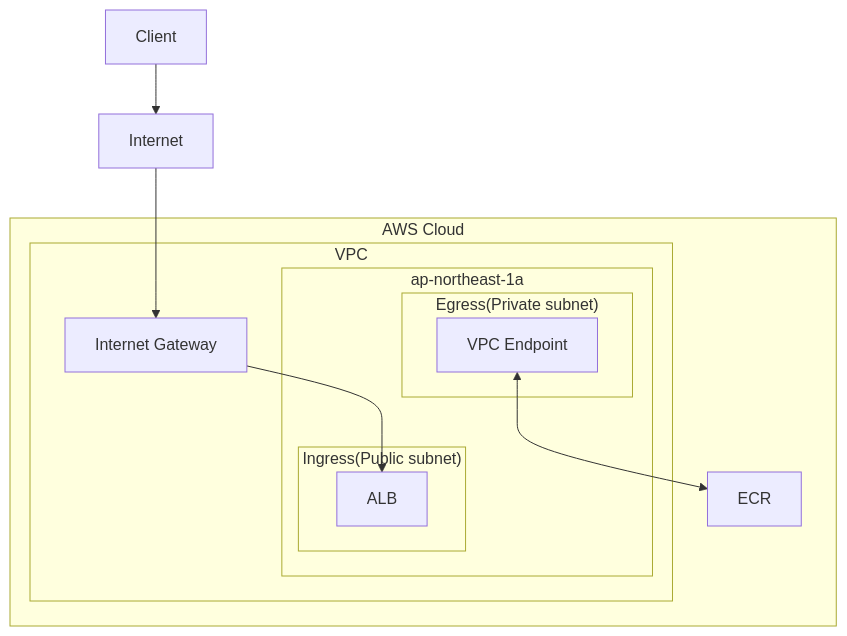
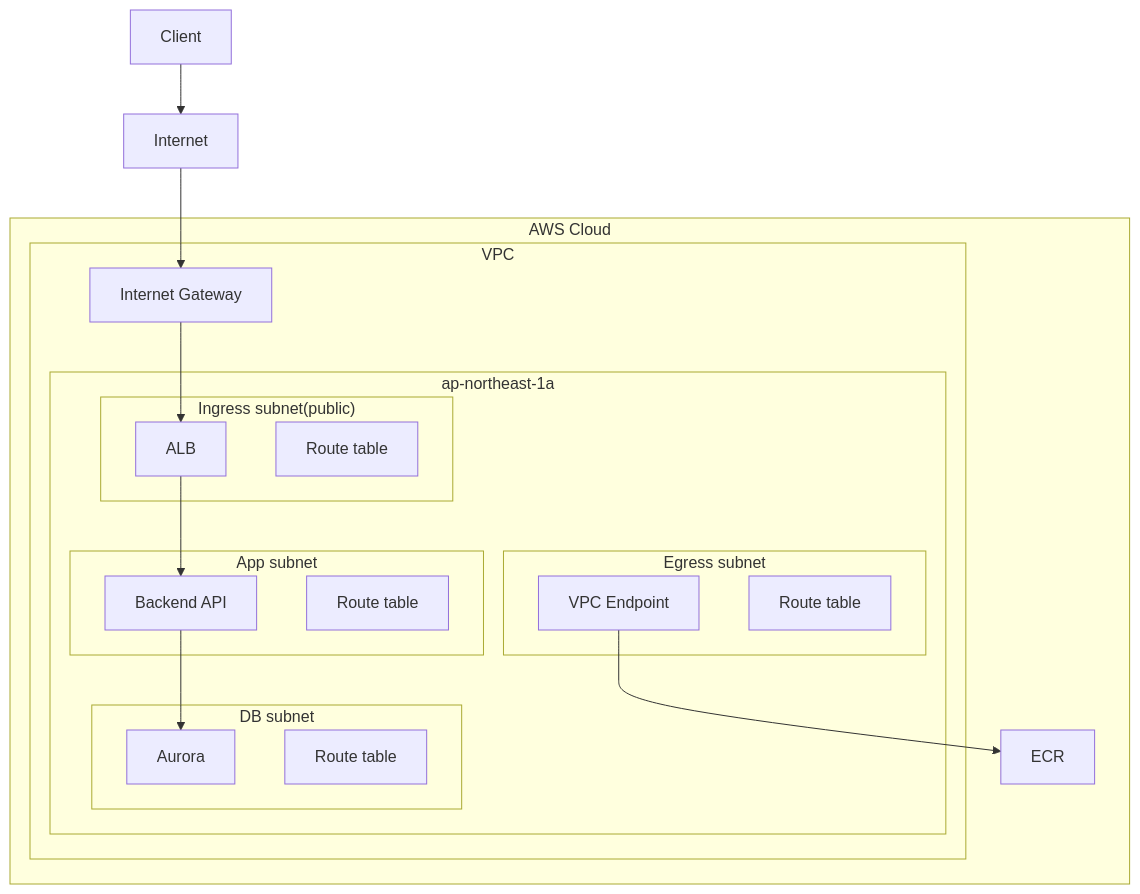
One commit to suimenkathemove/notion-clone changed the diagram in infrastructure/cdk/notion-clone/docs/architecture-diagram.md. Above: the diagram before and after it, drawn with Mermaid.

````diff
--- a/infrastructure/cdk/notion-clone/docs/architecture-diagram.md
+++ b/infrastructure/cdk/notion-clone/docs/architecture-diagram.md
@@ -3,23 +3,36 @@
 ```mermaid
 flowchart TB
 
-Client --> Internet
-Internet --> internet-gateway
-internet-gateway --> ALB
-egress-vpc-endpoint <--> ECR
+Client -->
+Internet -->
+internet-gateway -->
+ALB -->
+backend-api -->
+Aurora
+egress-vpc-endpoint --> ECR
 
 subgraph aws-cloud[AWS Cloud]
   subgraph vpc[VPC]
     internet-gateway[Internet Gateway]
     subgraph ap-northeast-1a
-      subgraph ingress["Ingress(Public subnet)"]
+      subgraph ingress-subnet["Ingress subnet(public)"]
         ALB
+        ingress-route-table[Route table]
       end
-      subgraph egress["Egress(Private subnet)"]
+      subgraph app-subnet[App subnet]
+        backend-api[Backend API]
+        app-route-table[Route table]
+      end
+      subgraph db-subnet[DB subnet]
+        Aurora
+        db-route-table[Route table]
+      end
+      subgraph egress-subnet[Egress subnet]
         egress-vpc-endpoint[VPC Endpoint]
+        egress-route-table[Route table]
       end
     end
   end
   ECR
 end
 ```
````
